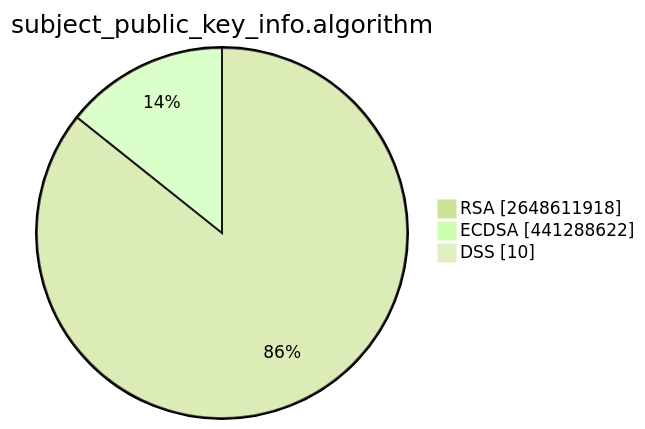
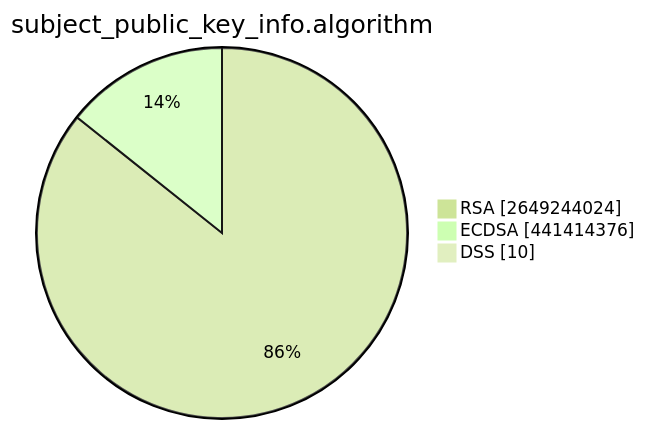
The second of 15 diagrams in TOTAL/README.md (christiankrug/ctmonitor_visualization), drawn with Mermaid (forest theme) before and after one commit. The commit also changed other lines of this file, not shown here.

````diff
--- a/TOTAL/README.md
+++ b/TOTAL/README.md
@@ -6,7 +6,7 @@
 ```mermaid
 pie showData
 title subject_public_key_info.algorithm
-"RSA" :2648611918
-"ECDSA" :441288622
+"RSA" :2649244024
+"ECDSA" :441414376
 "DSS" :10
 ```
````
